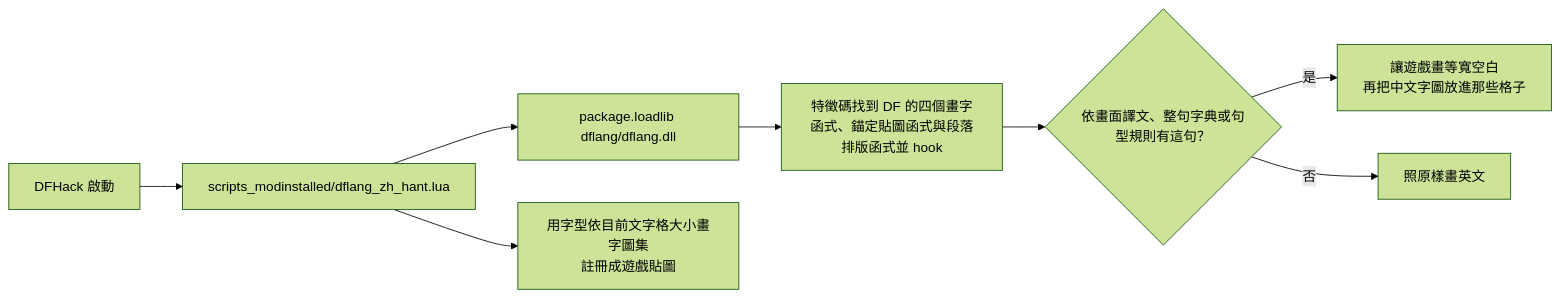
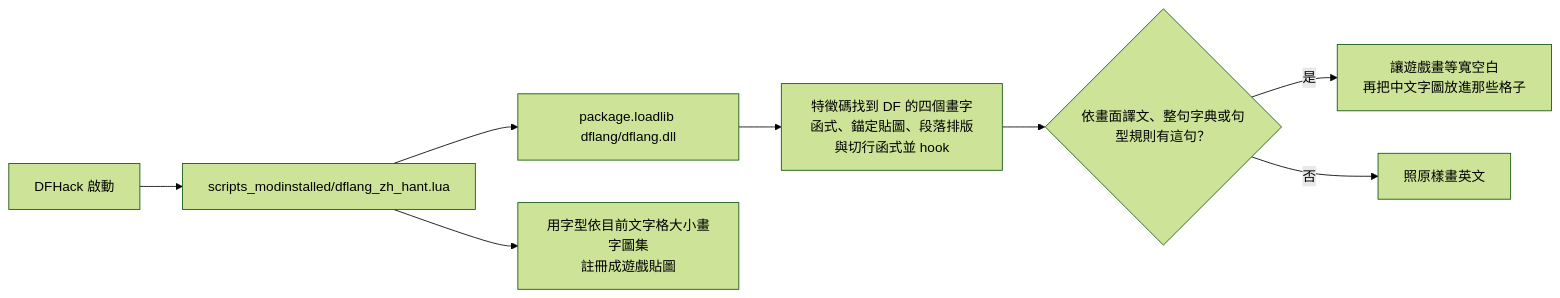
Before and after one commit to Minidoracat/MinidoracatDFLang: the diagram in README.md, drawn with Mermaid (forest theme). The commit also changed other lines of this file and 21 other files, not shown here.

````diff
--- a/README.md
+++ b/README.md
@@ -23,10 +26,10 @@
 ```mermaid
 flowchart LR
   A[DFHack 啟動] --> B[scripts_modinstalled/dflang_zh_hant.lua]
   B --> C[package.loadlib dflang/dflang.dll]
   B --> D[用字型依目前文字格大小畫字圖集<br>註冊成遊戲貼圖]
-  C --> E[特徵碼找到 DF 的四個畫字函式、錨定貼圖函式與段落排版函式並 hook]
+  C --> E[特徵碼找到 DF 的四個畫字函式、錨定貼圖、段落排版與切行函式並 hook]
   E --> F{依畫面譯文、整句字典或句型規則有這句？}
   F -->|是| G[讓遊戲畫等寬空白<br>再把中文字圖放進那些格子]
   F -->|否| H[照原樣畫英文]
 ```
````
